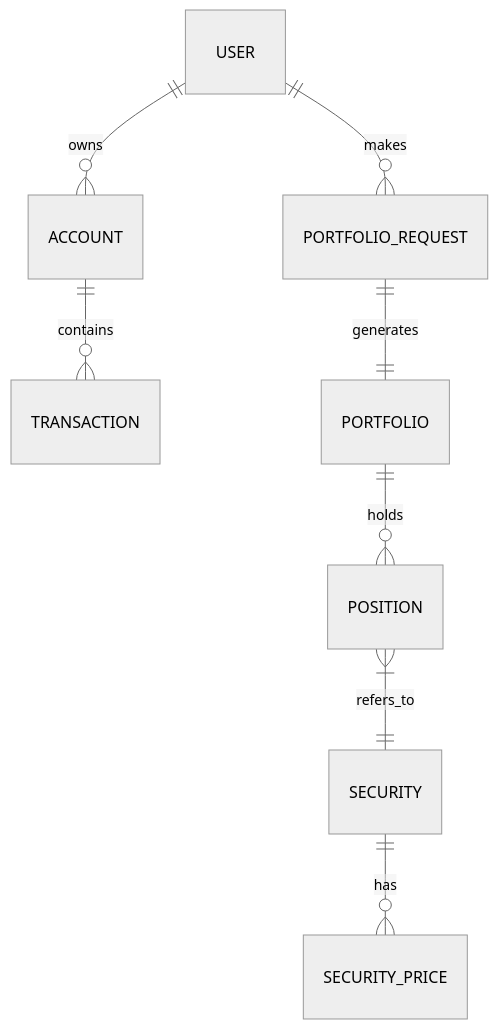
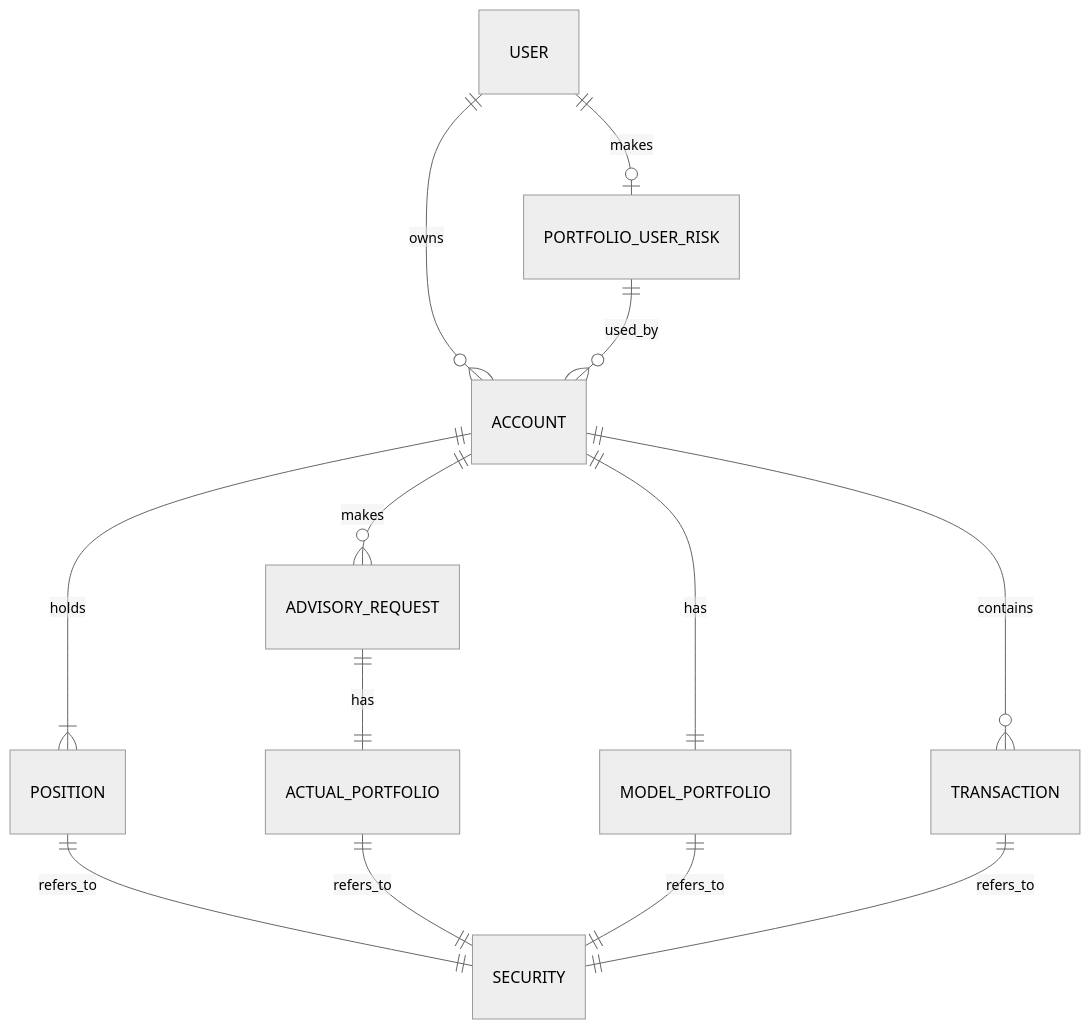
One commit to dalcon10028/aim_backend_coding_test changed the diagram in README.md. Above: the diagram before and after it, drawn with Mermaid (neutral theme). The commit also changed other lines of this file, not shown here.

````diff
--- a/README.md
+++ b/README.md
@@ -3,10 +15,15 @@
 ```mermaid
 erDiagram
-    USER ||--o{ ACCOUNT           : owns
-    ACCOUNT ||--o{ TRANSACTION     : contains
-    USER ||--o{ PORTFOLIO_REQUEST : makes
-    PORTFOLIO_REQUEST ||--|| PORTFOLIO : generates
-    PORTFOLIO ||--o{ POSITION      : holds
-    POSITION }|--|| SECURITY       : refers_to
-    SECURITY ||--o{ SECURITY_PRICE : has
+    USER ||--o{ ACCOUNT: owns
+    ACCOUNT ||--o{ TRANSACTION: contains
+    USER ||--o| PORTFOLIO_USER_RISK: makes
+    PORTFOLIO_USER_RISK ||--o{ ACCOUNT: used_by
+    ACCOUNT ||--|| MODEL_PORTFOLIO: has
+    ACCOUNT ||--|{ POSITION: holds
+    ACCOUNT ||--o{ ADVISORY_REQUEST: makes
+    ADVISORY_REQUEST ||--|| ACTUAL_PORTFOLIO: has
+    POSITION ||--|| SECURITY: refers_to
+    ACTUAL_PORTFOLIO ||--|| SECURITY: refers_to
+    MODEL_PORTFOLIO ||--|| SECURITY: refers_to
+    TRANSACTION ||--|| SECURITY: refers_to
 ```
````
